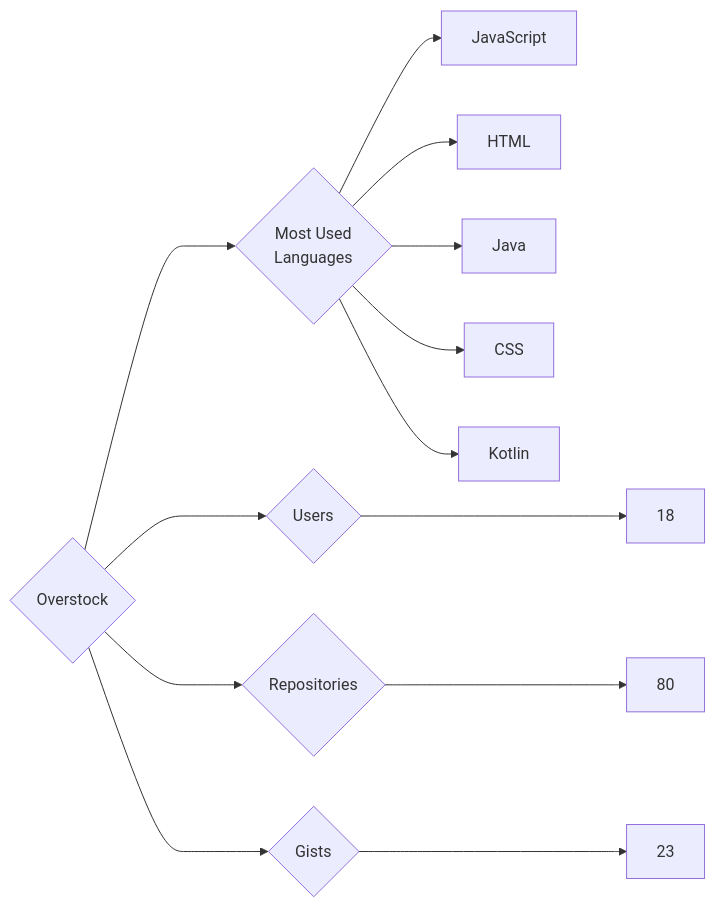
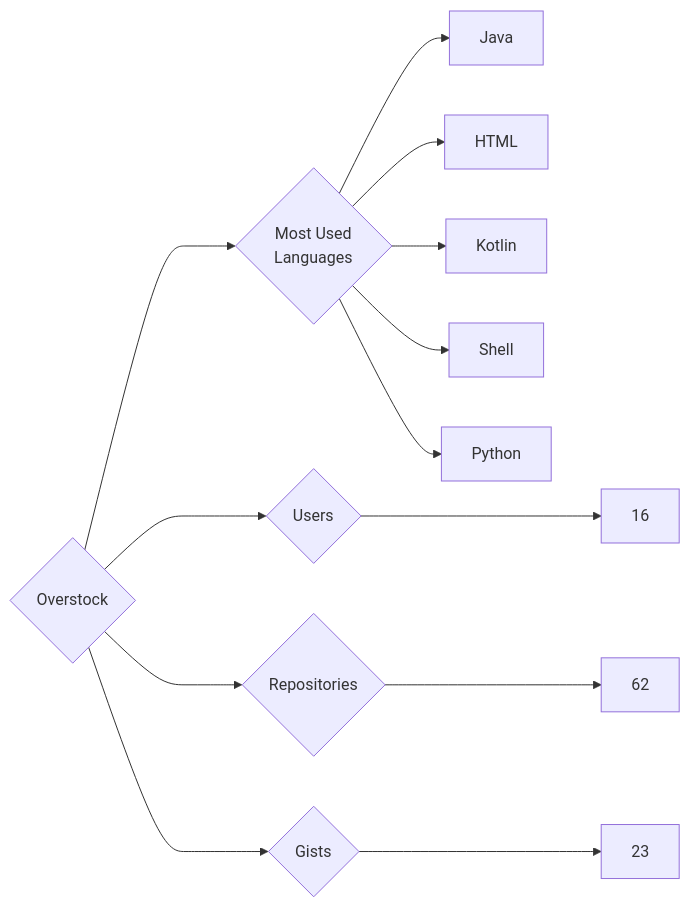
One commit to trickest/insiders changed the diagram in targets/Overstock/README.md. Above: the diagram before and after it, drawn with Mermaid. The commit also changed 715 other files, not shown here.

````diff
--- a/targets/Overstock/README.md
+++ b/targets/Overstock/README.md
@@ -3,13 +3,13 @@
 ```mermaid
 graph LR
 COMPANY_NAME{Overstock}
-COMPANY_NAME ---> U{Users} ---> UN[18]
-COMPANY_NAME ---> R{Repositories} ---> RN[80]
+COMPANY_NAME ---> U{Users} ---> UN[16]
+COMPANY_NAME ---> R{Repositories} ---> RN[62]
 COMPANY_NAME ---> G{Gists} ---> GN[23]
 COMPANY_NAME ---> ML{Most Used<br>Languages}
-ML --> JavaScript[JavaScript]
+ML --> Java[Java]
 ML --> HTML[HTML]
-ML --> Java[Java]
-ML --> CSS[CSS]
 ML --> Kotlin[Kotlin]
+ML --> Shell[Shell]
+ML --> Python[Python]
 ```
````
